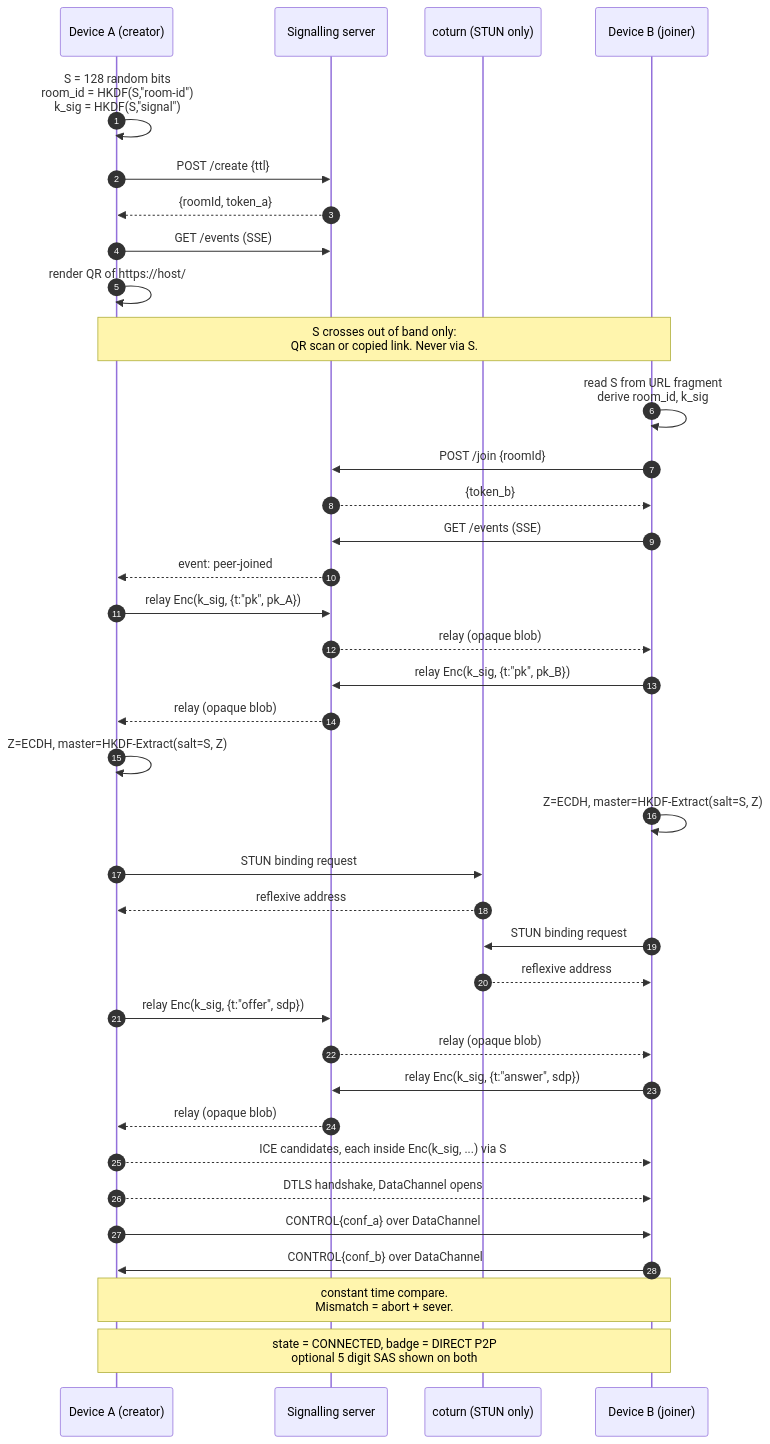
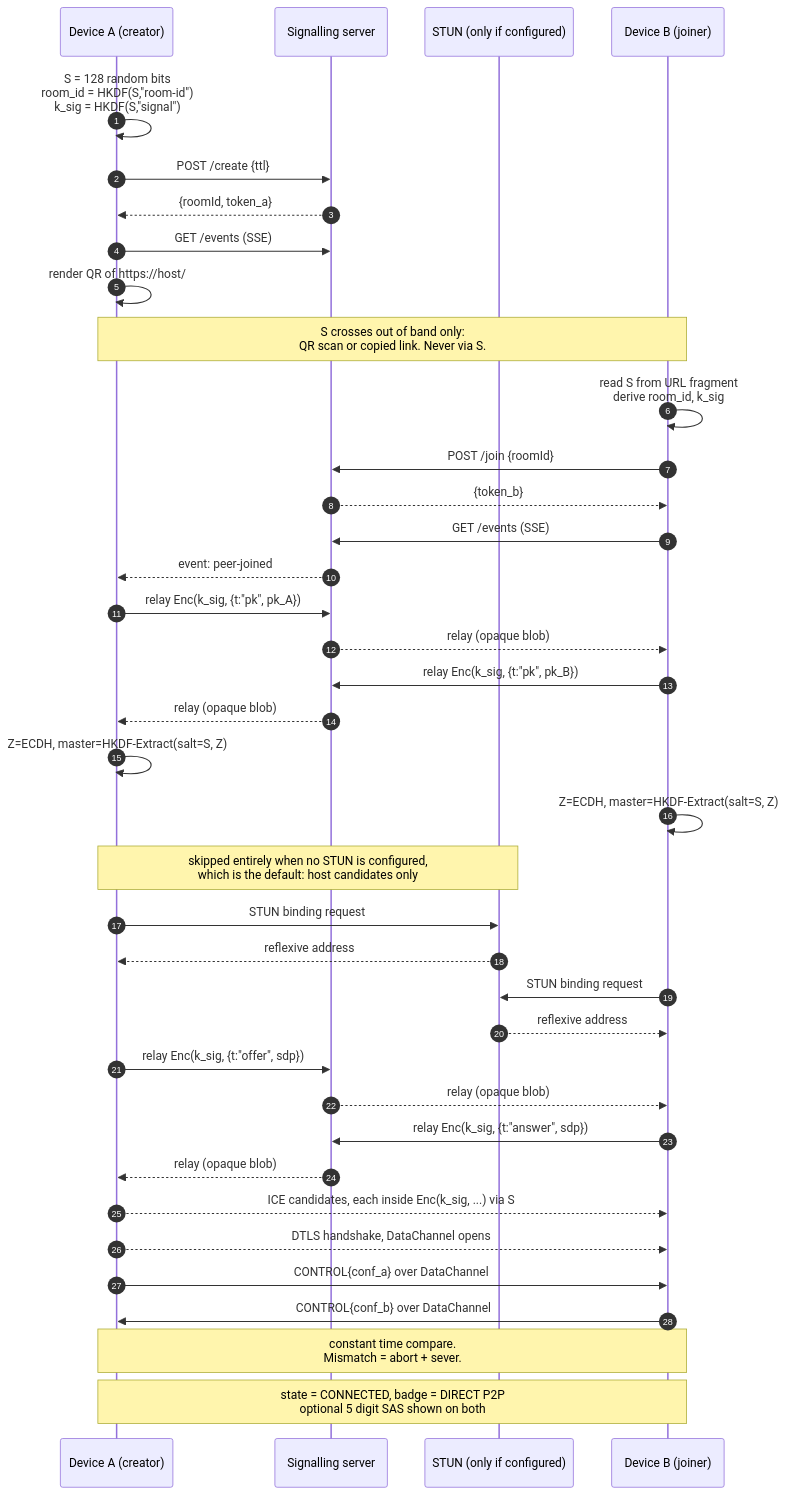
The first of 6 diagrams in DESIGN.md (Fysh-ball/warp-gate), drawn with Mermaid before and after one commit. The commit also changed other lines of this file and 61 other files, not shown here.

````diff
--- a/DESIGN.md
+++ b/DESIGN.md
@@ -444,40 +692,41 @@
 ```mermaid
 sequenceDiagram
     autonumber
     participant A as Device A (creator)
     participant S as Signalling server
-    participant T as coturn (STUN only)
+    participant T as STUN (only if configured)
     participant B as Device B (joiner)
 
     A->>A: S = 128 random bits<br/>room_id = HKDF(S,"room-id")<br/>k_sig = HKDF(S,"signal")
     A->>S: POST /create {ttl}
     S-->>A: {roomId, token_a}
     A->>S: GET /events (SSE)
     A->>A: render QR of https://host/#S
     Note over A,B: S crosses out of band only:<br/>QR scan or copied link. Never via S.
     B->>B: read S from URL fragment<br/>derive room_id, k_sig
     B->>S: POST /join {roomId}
     S-->>B: {token_b}
     B->>S: GET /events (SSE)
     S-->>A: event: peer-joined
     A->>S: relay Enc(k_sig, {t:"pk", pk_A})
     S-->>B: relay (opaque blob)
     B->>S: relay Enc(k_sig, {t:"pk", pk_B})
     S-->>A: relay (opaque blob)
     A->>A: Z=ECDH, master=HKDF-Extract(salt=S, Z)
     B->>B: Z=ECDH, master=HKDF-Extract(salt=S, Z)
+    Note over A,T: skipped entirely when no STUN is configured,<br/>which is the default: host candidates only
     A->>T: STUN binding request
     T-->>A: reflexive address
     B->>T: STUN binding request
     T-->>B: reflexive address
     A->>S: relay Enc(k_sig, {t:"offer", sdp})
     S-->>B: relay (opaque blob)
     B->>S: relay Enc(k_sig, {t:"answer", sdp})
     S-->>A: relay (opaque blob)
     A-->>B: ICE candidates, each inside Enc(k_sig, ...) via S
     A-->>B: DTLS handshake, DataChannel opens
     A->>B: CONTROL{conf_a} over DataChannel
     B->>A: CONTROL{conf_b} over DataChannel
     Note over A,B: constant time compare.<br/>Mismatch = abort + sever.
     Note over A,B: state = CONNECTED, badge = DIRECT P2P<br/>optional 5 digit SAS shown on both
 ```
````
